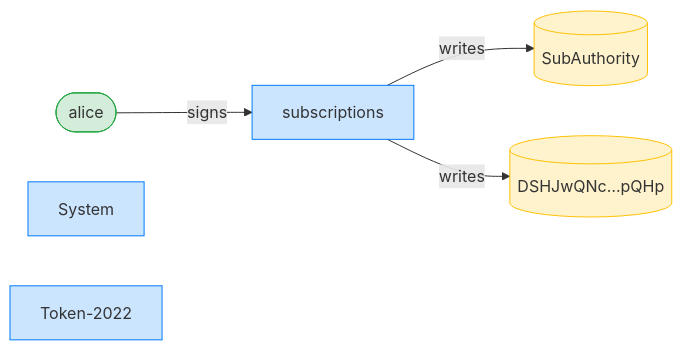
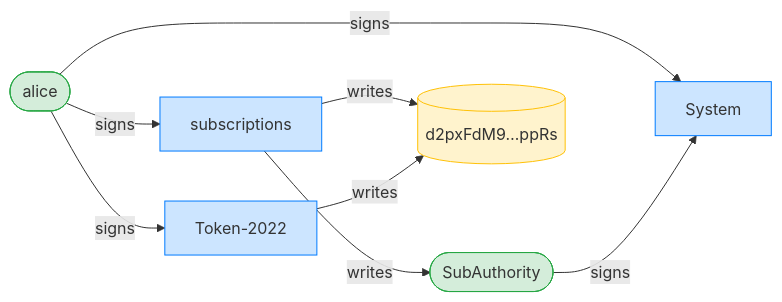
One commit to cds-rs/subscriptions changed the third of 4 diagrams in dsl_tests/initialize-over-a-token-2022-mint---permanentdelegate--.md. Above: the diagram before and after it, drawn with Mermaid. The commit also changed other lines of this file and 224 other files, not shown here.

````diff
--- a/dsl_tests/initialize-over-a-token-2022-mint---permanentdelegate--.md
+++ b/dsl_tests/initialize-over-a-token-2022-mint---permanentdelegate--.md
@@ -55,15 +56,19 @@
 ```mermaid
 flowchart LR
     classDef signer fill:#d4edda,stroke:#28a745;
     classDef program fill:#cce5ff,stroke:#007bff;
     classDef writable fill:#fff3cd,stroke:#ffc107;
     subscriptions[subscriptions]:::program
     alice([alice]):::signer
-    SubAuthority[(SubAuthority)]:::writable
-    DSHJwQNc_pQHp[("DSHJwQNc…pQHp")]:::writable
+    SubAuthority([SubAuthority]):::signer
+    d2pxFdM9_ppRs[("d2pxFdM9…ppRs")]:::writable
     System[System]:::program
     Token_2022["Token-2022"]:::program
     alice -->|signs| subscriptions
+    alice -->|signs| System
+    SubAuthority -->|signs| System
+    alice -->|signs| Token_2022
     subscriptions -->|writes| SubAuthority
-    subscriptions -->|writes| DSHJwQNc_pQHp
+    subscriptions -->|writes| d2pxFdM9_ppRs
+    Token_2022 -->|writes| d2pxFdM9_ppRs
 ```
````
